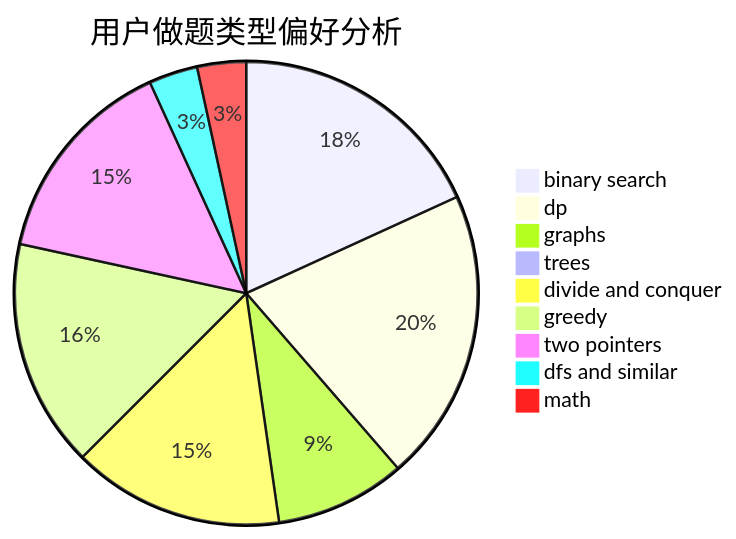
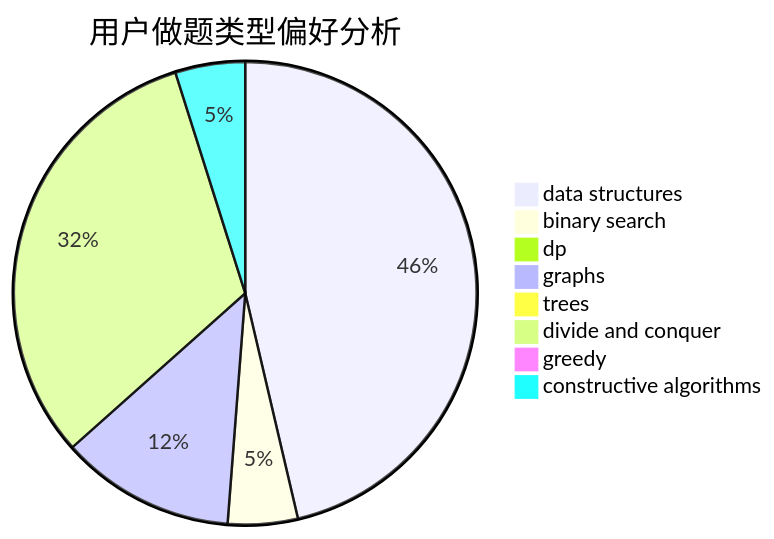
The second of 3 diagrams in docs/user/u1176.md (sherpahu/cfrs.github.io), drawn with Mermaid before and after one commit. The commit also changed other lines of this file and 2775 other files, not shown here.

````diff
--- a/docs/user/u1176.md
+++ b/docs/user/u1176.md
@@ -23,12 +23,11 @@
 ```mermaid
 pie title 用户做题类型偏好分析
-    "binary search" :  16
-    "dp" :  18
-    "graphs" :  8
+    "data structures" :  19
+    "binary search" :  2
+    "dp" :  0
+    "graphs" :  5
     "trees" :  0
     "divide and conquer" :  13
-    "greedy" :  14
-    "two pointers" :  13
-    "dfs and similar" :  3
-    "math" :  3
+    "greedy" :  0
+    "constructive algorithms" :  2
 ```
````
